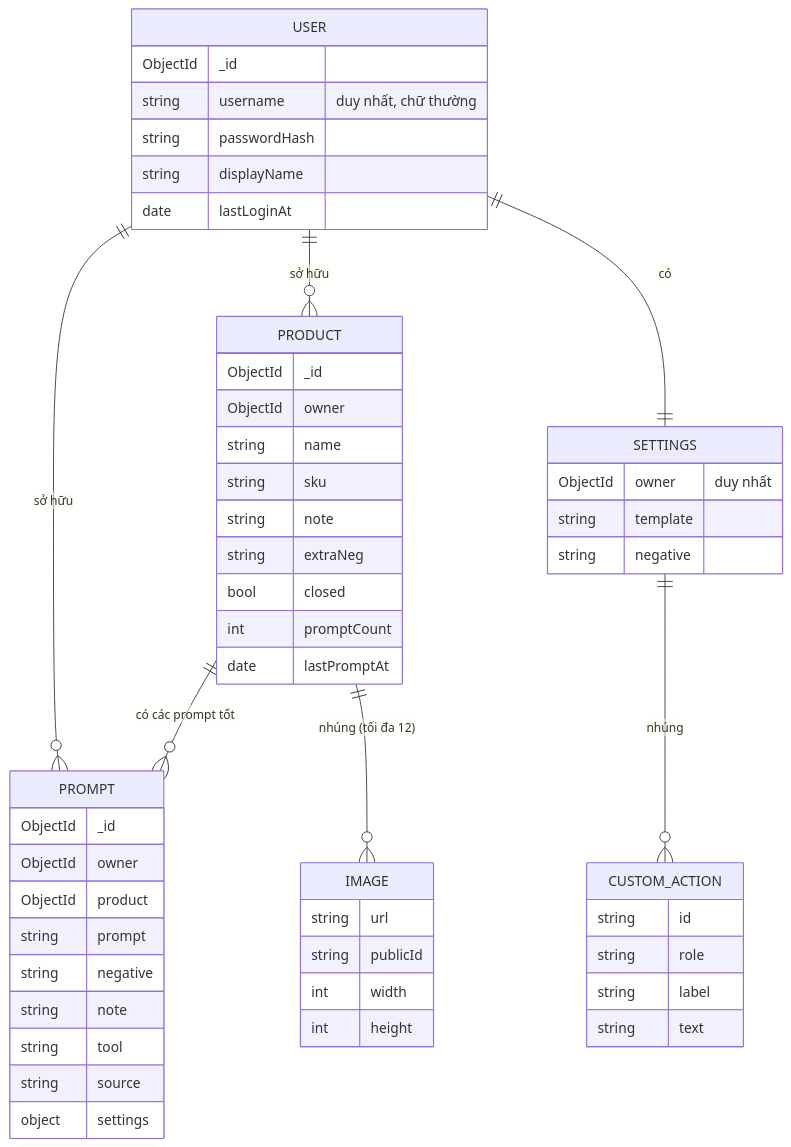
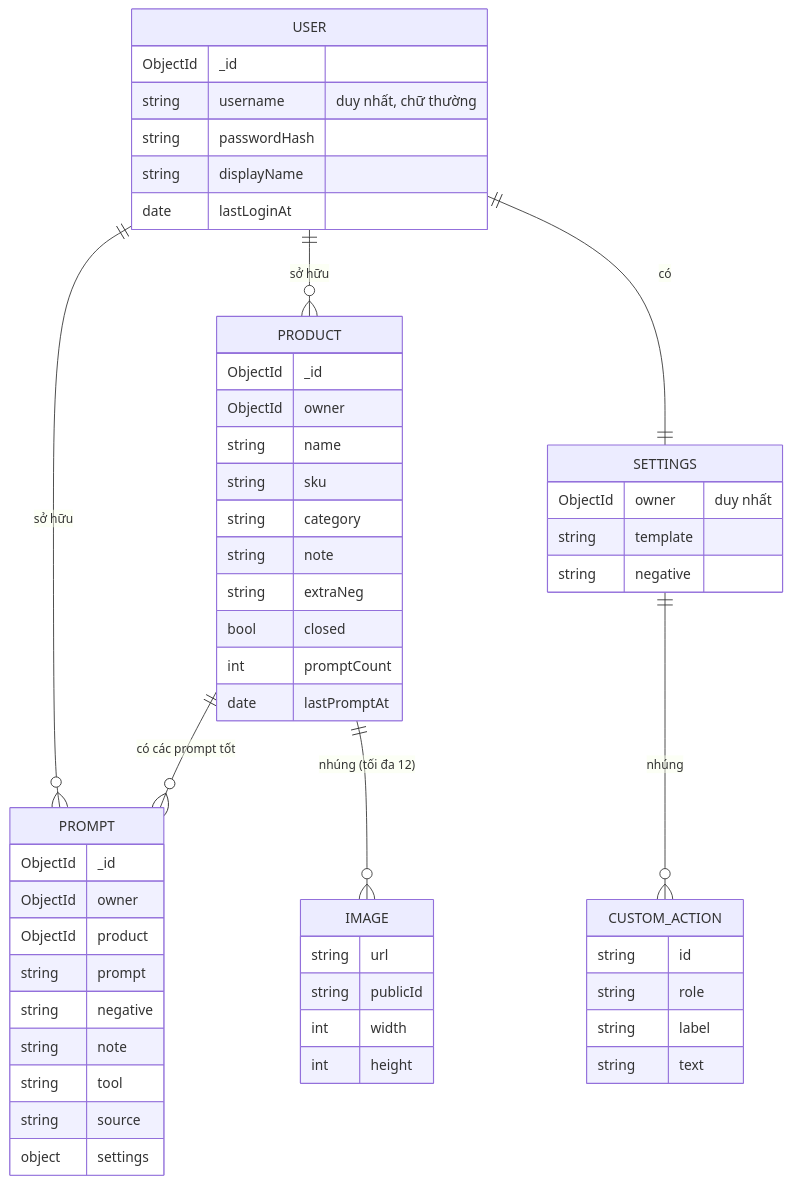
Before and after one commit to MinhNhutTG/QuitPrompt: the diagram in 03-thiet-ke-co-so-du-lieu.md, drawn with Mermaid. The commit also changed other lines of this file and 15 other files, not shown here.

````diff
--- a/03-thiet-ke-co-so-du-lieu.md
+++ b/03-thiet-ke-co-so-du-lieu.md
@@ -5,56 +5,57 @@
 ```mermaid
 erDiagram
   USER ||--o{ PRODUCT : "sở hữu"
   USER ||--o{ PROMPT : "sở hữu"
   USER ||--|| SETTINGS : "có"
   PRODUCT ||--o{ PROMPT : "có các prompt tốt"
   PRODUCT ||--o{ IMAGE : "nhúng (tối đa 12)"
   SETTINGS ||--o{ CUSTOM_ACTION : "nhúng"
 
   USER {
     ObjectId _id
     string username "duy nhất, chữ thường"
     string passwordHash
     string displayName
     date lastLoginAt
   }
   PRODUCT {
     ObjectId _id
     ObjectId owner
     string name
     string sku
+    string category
     string note
     string extraNeg
     bool closed
     int promptCount
     date lastPromptAt
   }
   IMAGE {
     string url
     string publicId
     int width
     int height
   }
   PROMPT {
     ObjectId _id
     ObjectId owner
     ObjectId product
     string prompt
     string negative
     string note
     string tool
     string source
     object settings
   }
   SETTINGS {
     ObjectId owner "duy nhất"
     string template
     string negative
   }
   CUSTOM_ACTION {
     string id
     string role
     string label
     string text
   }
 ```
````
